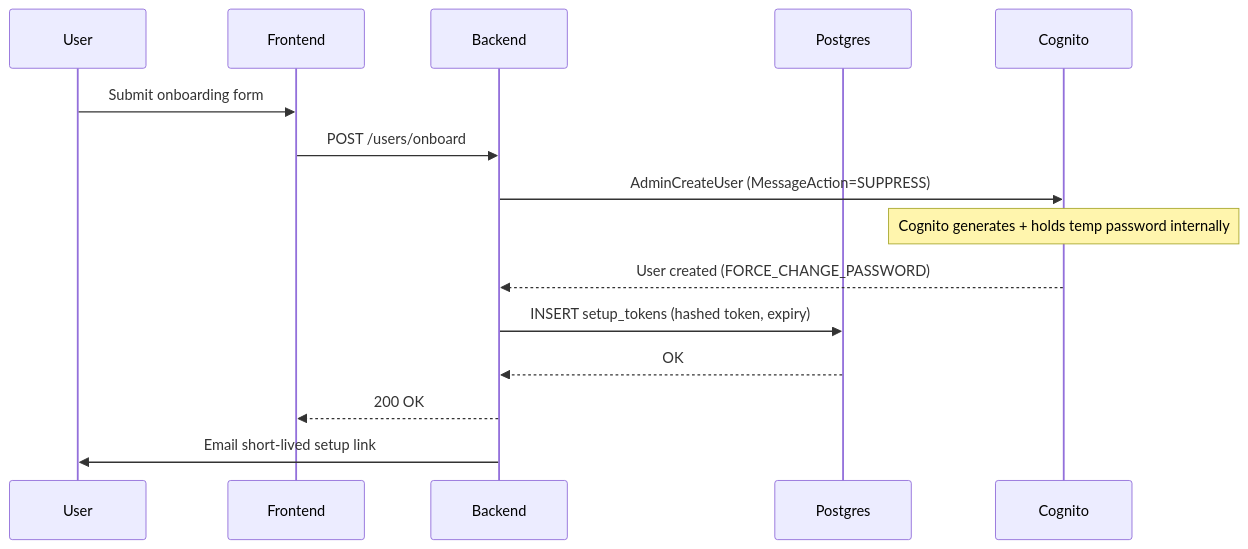
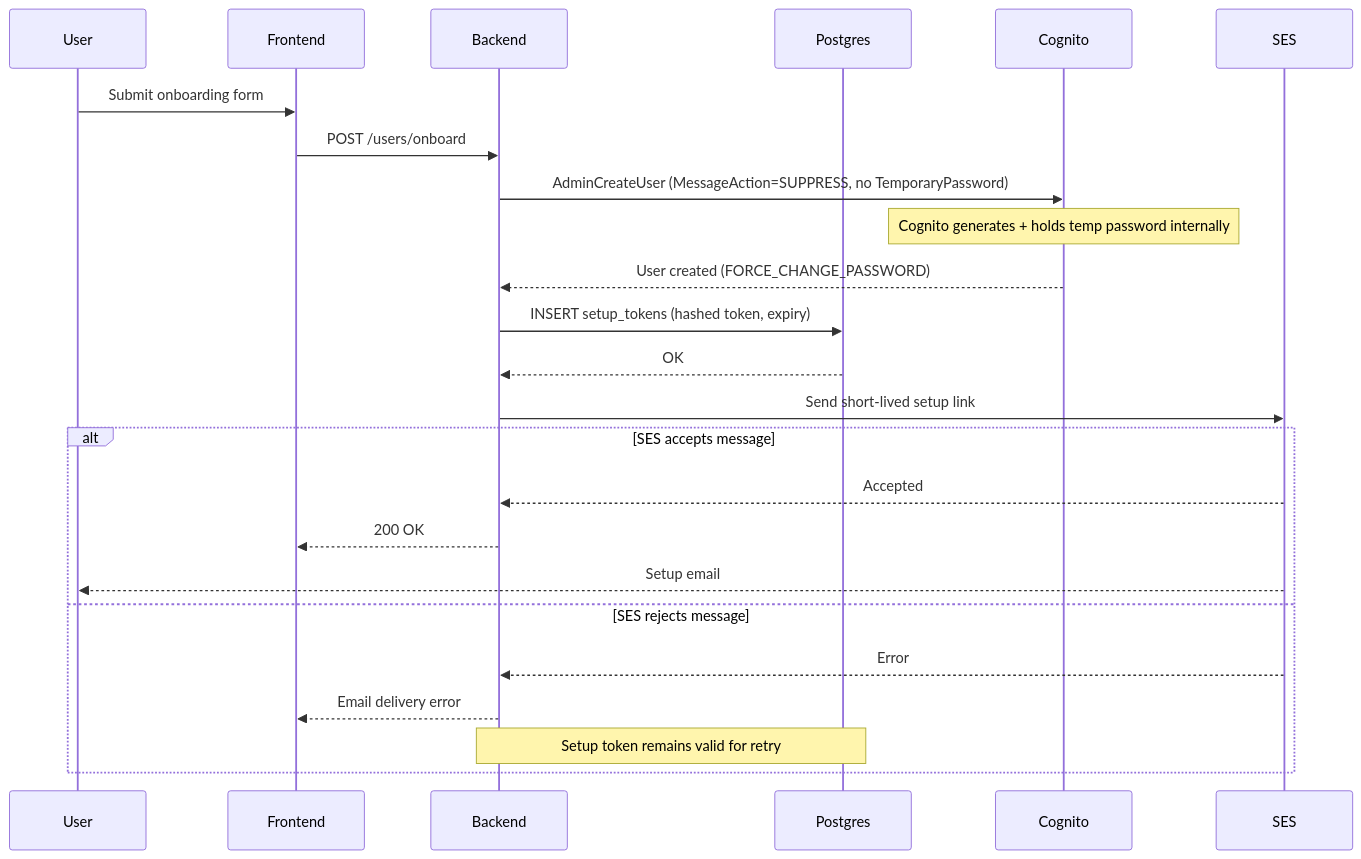
One commit to ditnice/aws-UKPS changed the first of 4 diagrams in documentation/auth/sequences.md. Above: the diagram before and after it, drawn with Mermaid. The commit also changed other lines of this file, not shown here.

Commit message:
Update the diagrams to be more explicit

````diff
--- a/documentation/auth/sequences.md
+++ b/documentation/auth/sequences.md
@@ -5,17 +5,26 @@
 ```mermaid
 sequenceDiagram
     participant U as User
     participant F as Frontend
     participant B as Backend
     participant P as Postgres
     participant C as Cognito
+    participant E as SES
     U->>F: Submit onboarding form
     F->>B: POST /users/onboard
-    B->>C: AdminCreateUser (MessageAction=SUPPRESS)
+    B->>C: AdminCreateUser (MessageAction=SUPPRESS, no TemporaryPassword)
     Note over C: Cognito generates + holds temp password internally
     C-->>B: User created (FORCE_CHANGE_PASSWORD)
     B->>P: INSERT setup_tokens (hashed token, expiry)
     P-->>B: OK
-    B-->>F: 200 OK
-    B->>U: Email short-lived setup link
+    B->>E: Send short-lived setup link
+    alt SES accepts message
+        E-->>B: Accepted
+        B-->>F: 200 OK
+        E-->>U: Setup email
+    else SES rejects message
+        E-->>B: Error
+        B-->>F: Email delivery error
+        Note over B,P: Setup token remains valid for retry
+    end
 ```
````
